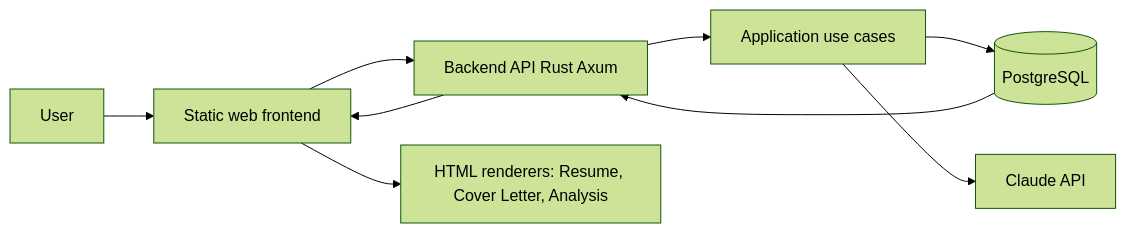
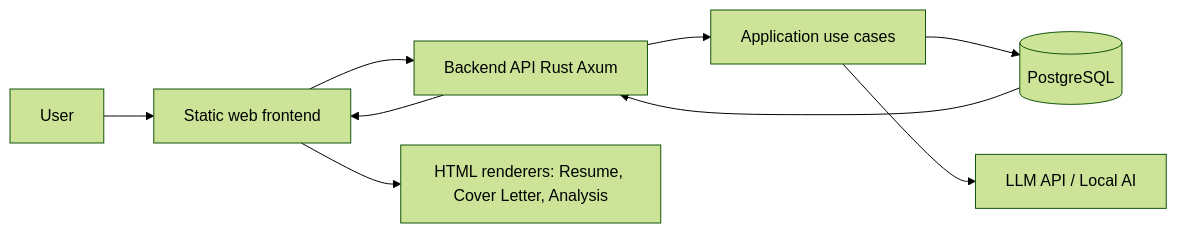
The first of 2 diagrams in README.md (RomeoCavazza/open-cv), drawn with Mermaid (forest theme) before and after one commit. The commit also changed other lines of this file and 40 other files, not shown here.

````diff
--- a/README.md
+++ b/README.md
@@ -90,19 +90,19 @@
 ```mermaid
 flowchart LR
     User[User]
     UI[Static web frontend]
     API[Backend API Rust Axum]
     APP[Application use cases]
-    LLM[Claude API]
+    LLM[LLM API / Local AI]
     PG[(PostgreSQL)]
     Render[HTML renderers: Resume, Cover Letter, Analysis]
 
     User --> UI
     UI --> API
+    UI --> Render
     API --> APP
     APP --> PG
     APP --> LLM
     PG --> API
     API --> UI
-    UI --> Render
 ```
````
